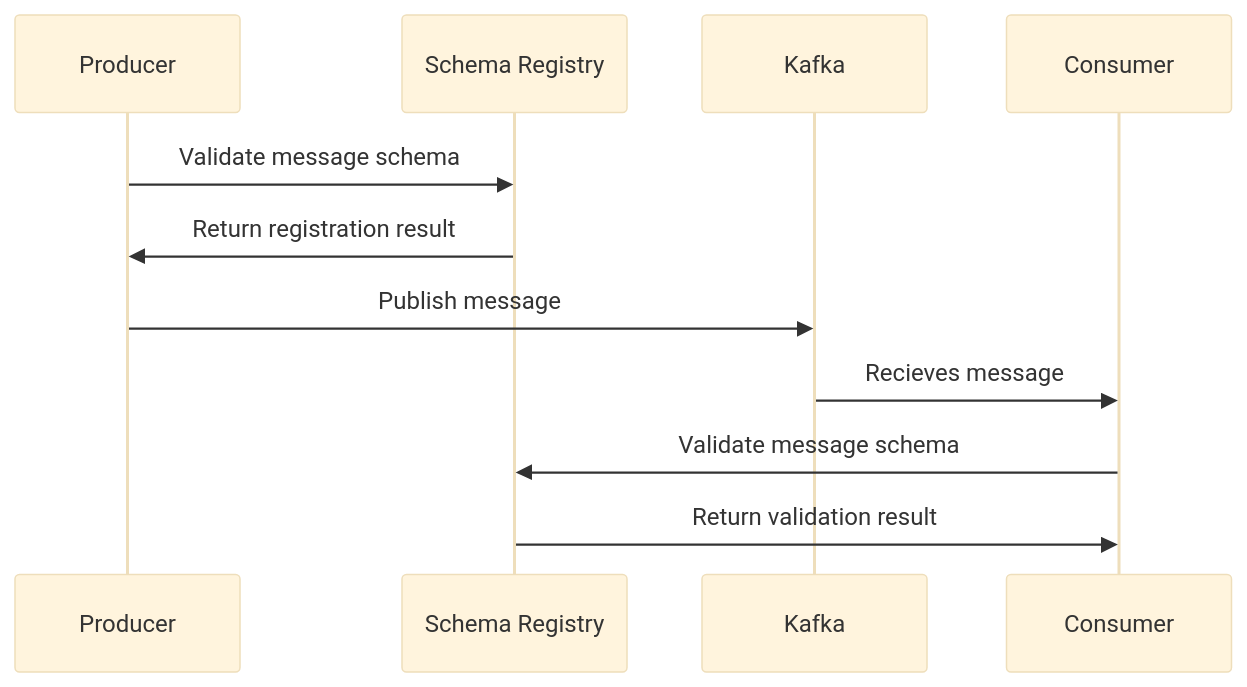
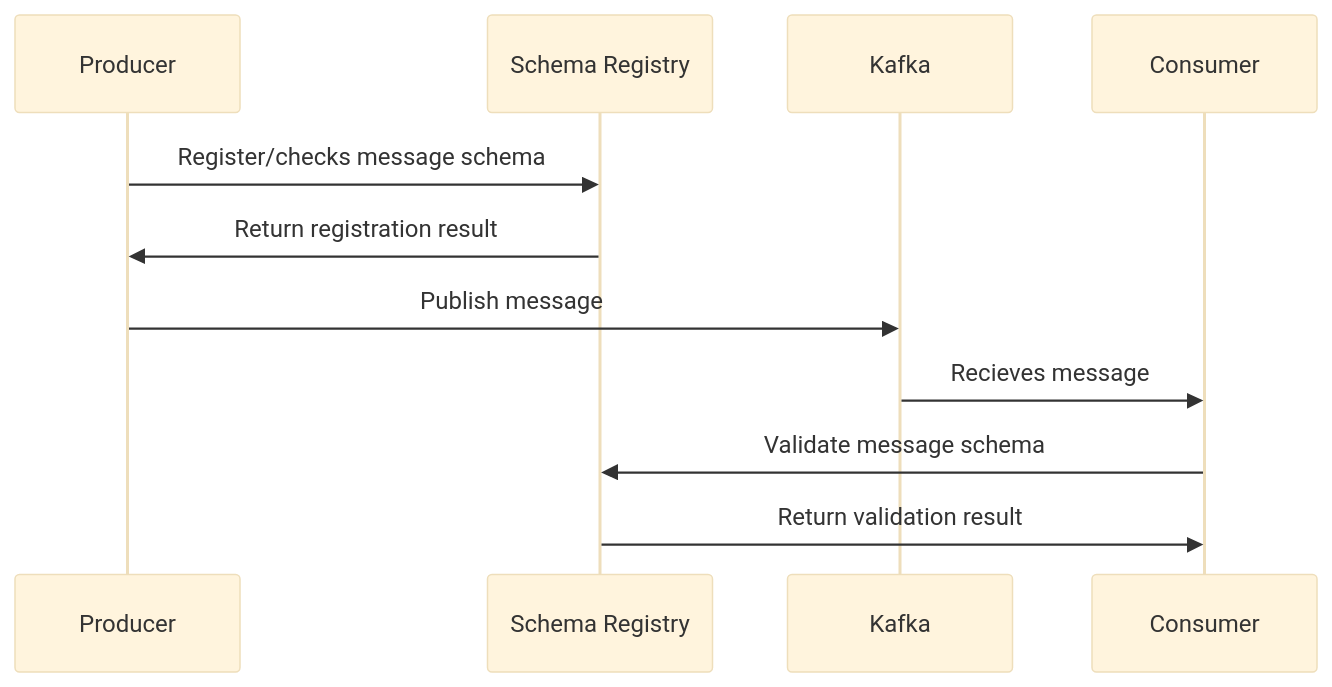
Before and after one commit to asyncapi/website: the third of 4 diagrams in pages/docs/guides/message-validation.md, drawn with Mermaid (base theme).

````diff
--- a/pages/docs/guides/message-validation.md
+++ b/pages/docs/guides/message-validation.md
@@ -72,10 +72,10 @@
 ```mermaid
 sequenceDiagram
-Producer ->> Schema Registry: Validate message schema
+Producer ->> Schema Registry: Register/checks message schema
 Schema Registry ->> Producer: Return registration result
 
 Producer ->> Kafka: Publish message
 Kafka ->> Consumer: Recieves message
 Consumer ->> Schema Registry: Validate message schema
 Schema Registry ->> Consumer: Return validation result
 ```
````
